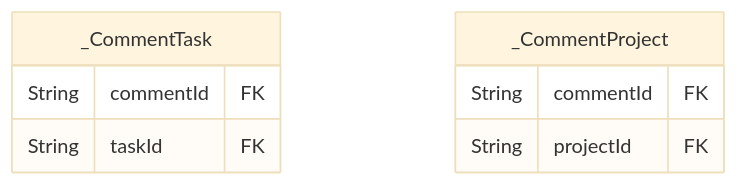
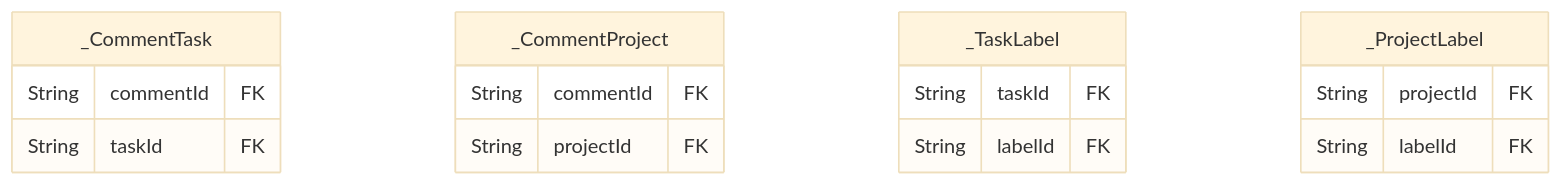
One commit to MaquestiauxLabs/demo-react-taskmanager changed the sixth of 6 diagrams in docs/database-schema.md. Above: the diagram before and after it, drawn with Mermaid (base theme). The commit also changed other lines of this file and 8 other files, not shown here.

````diff
--- a/docs/database-schema.md
+++ b/docs/database-schema.md
@@ -345,11 +279,19 @@
 ```mermaid
 erDiagram
 "_CommentTask" {
   String commentId FK
   String taskId FK
 }
 "_CommentProject" {
   String commentId FK
   String projectId FK
 }
+"_TaskLabel" {
+  String taskId FK
+  String labelId FK
+}
+"_ProjectLabel" {
+  String projectId FK
+  String labelId FK
+}
 ```
````
